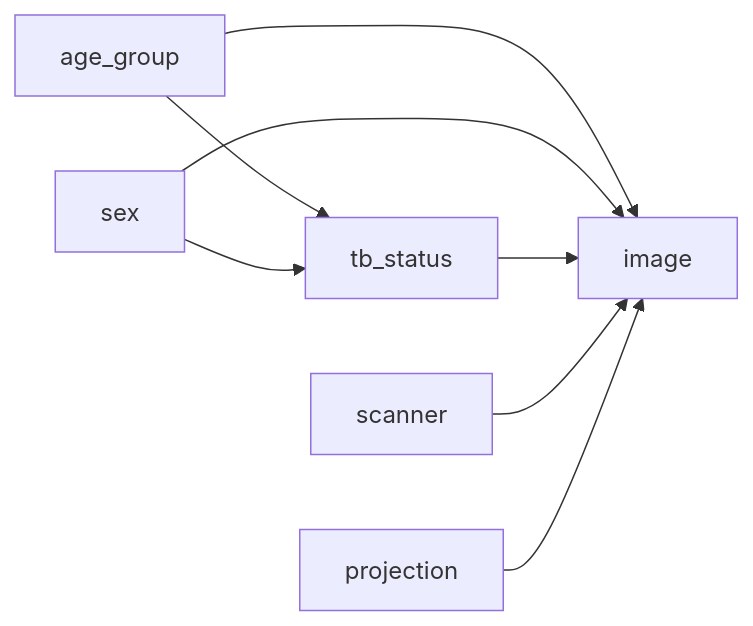
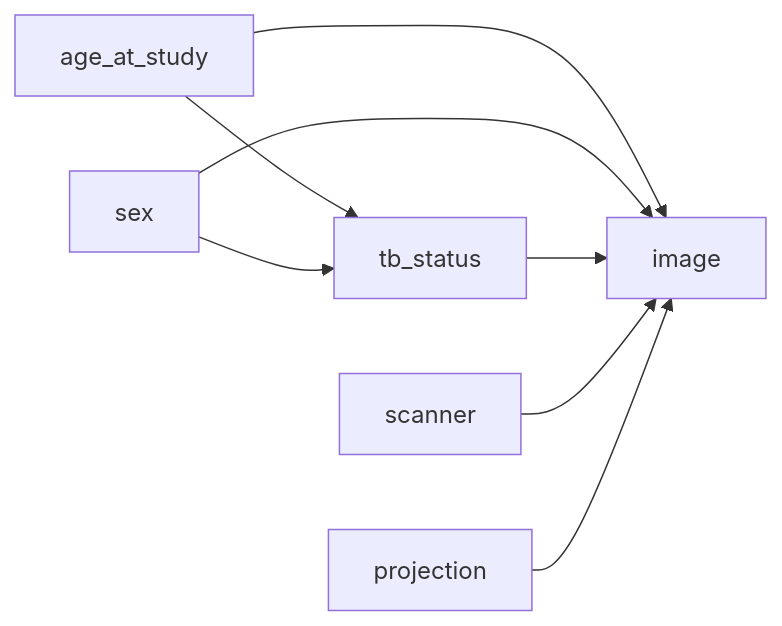
One commit to ghif/causal-genx changed the diagram in journal/2026-10-16_padchest-v3-simplified-counterfactual-training-plan.md. Above: the diagram before and after it, drawn with Mermaid. The commit also changed other lines of this file and 17 other files, not shown here.

````diff
--- a/journal/2026-10-16_padchest-v3-simplified-counterfactual-training-plan.md
+++ b/journal/2026-10-16_padchest-v3-simplified-counterfactual-training-plan.md
@@ -46,10 +48,10 @@
 ```mermaid
 graph LR
-  A[age_group] --> T[tb_status]
+  A[age_at_study] --> T[tb_status]
   S[sex] --> T
   A --> X[image]
   S --> X
   T --> X
   C[scanner] --> X
   P[projection] --> X
 ```
````
